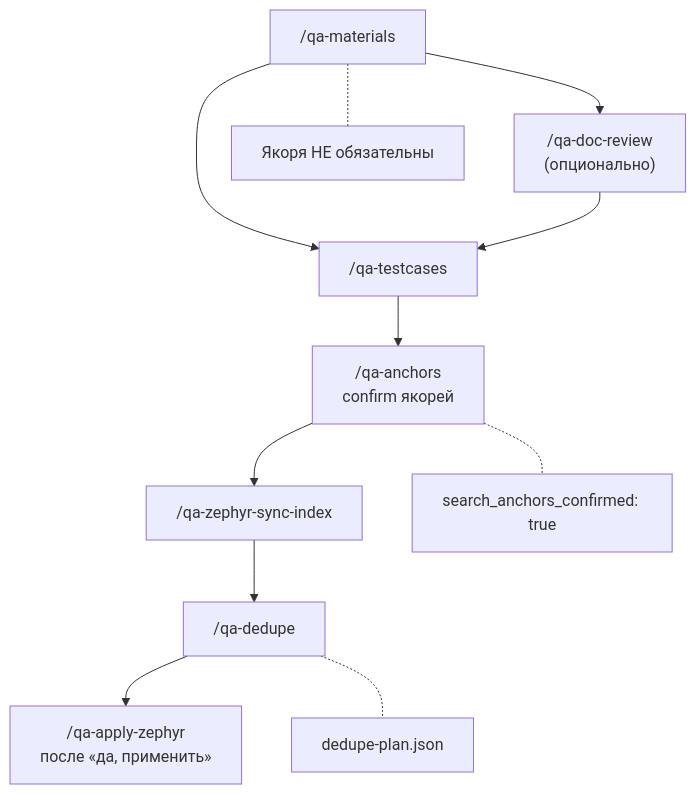
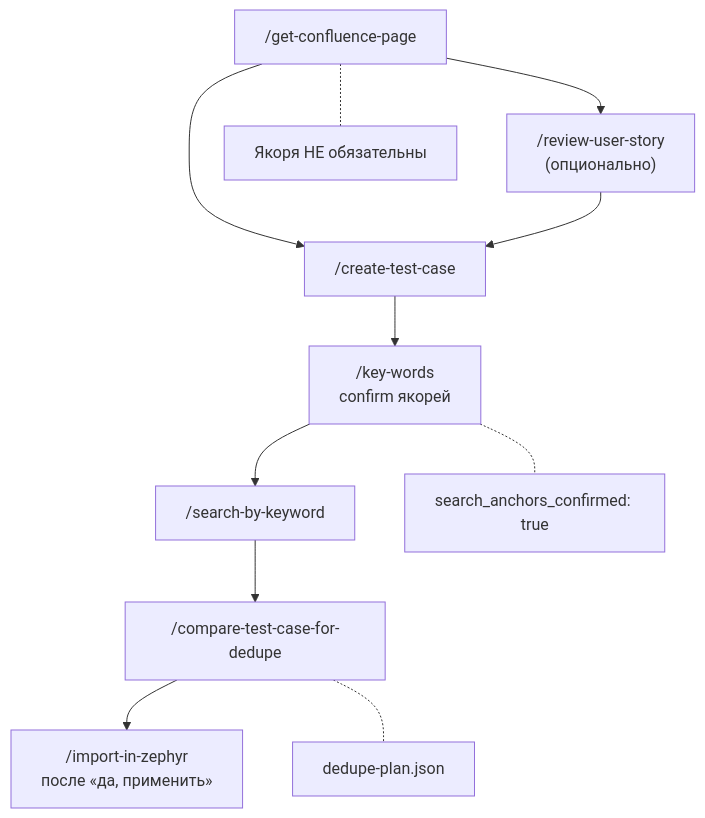
One commit to jansonnr/tgs_qa_plugin changed the second of 9 diagrams in docs/REQUIREMENTS.md. Above: the diagram before and after it, drawn with Mermaid. The commit also changed other lines of this file and 37 other files, not shown here.

````diff
--- a/docs/REQUIREMENTS.md
+++ b/docs/REQUIREMENTS.md
@@ -78,22 +78,22 @@
 ```mermaid
 flowchart TD
-  M["/qa-materials"]
-  D["/qa-doc-review\n(опционально)"]
-  T["/qa-testcases"]
-  AN["/qa-anchors\nconfirm якорей"]
-  SI["/qa-zephyr-sync-index"]
-  DE["/qa-dedupe"]
-  AP["/qa-apply-zephyr\nпосле «да, применить»"]
+  M["/get-confluence-page"]
+  D["/review-user-story\n(опционально)"]
+  T["/create-test-case"]
+  AN["/key-words\nconfirm якорей"]
+  SI["/search-by-keyword"]
+  DE["/compare-test-case-for-dedupe"]
+  AP["/import-in-zephyr\nпосле «да, применить»"]
 
   M --> D
   M --> T
   D --> T
   T --> AN
   AN --> SI
   SI --> DE
   DE --> AP
 
   M -.- note1["Якоря НЕ обязательны"]
   AN -.- note2["search_anchors_confirmed: true"]
   DE -.- note3["dedupe-plan.json"]
 ```
````
